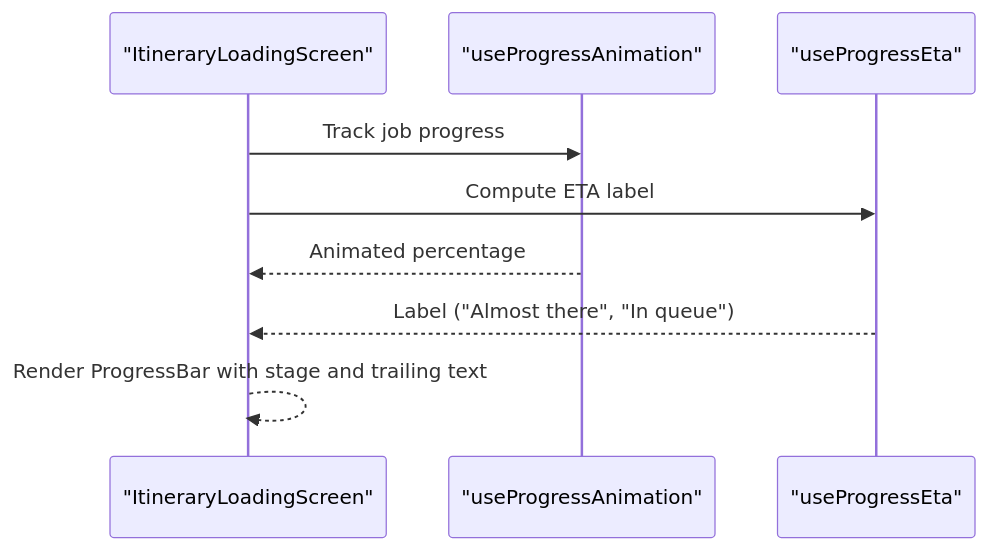
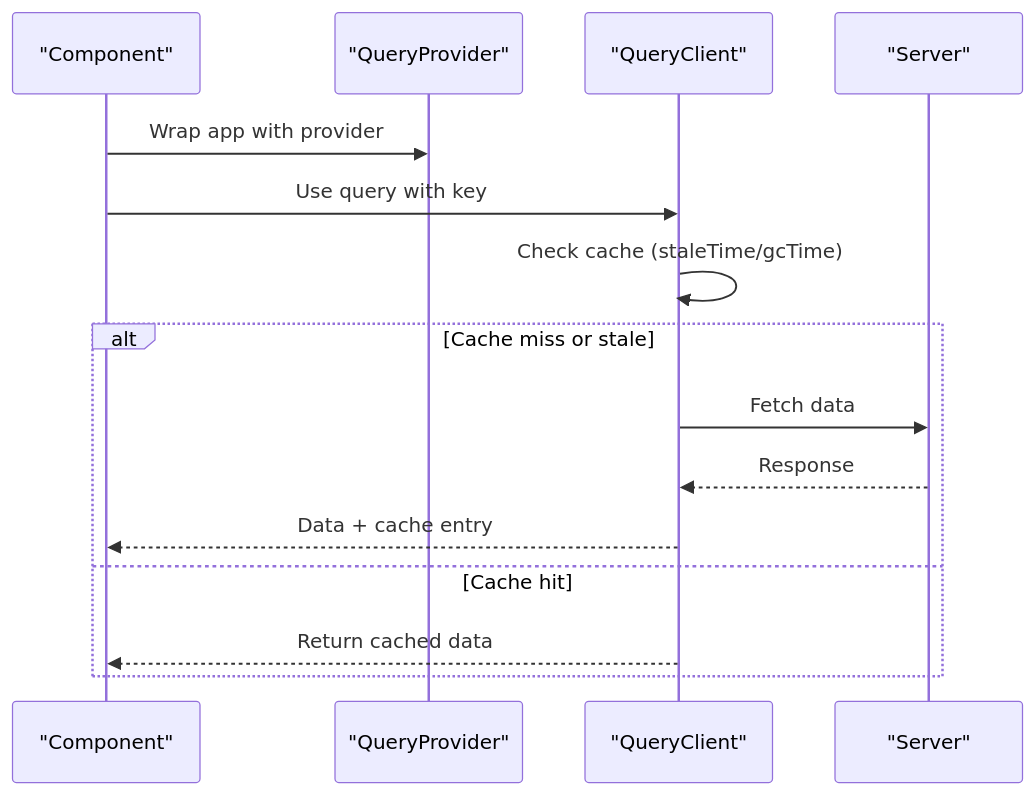
The fifth of 7 diagrams in .qoder/repowiki/en/content/Performance Optimization.md (Meaetin/alibaba-hackathon), drawn with Mermaid before and after one commit. The commit also changed other lines of this file and 241 other files, not shown here.

````diff
--- a/.qoder/repowiki/en/content/Performance Optimization.md
+++ b/.qoder/repowiki/en/content/Performance Optimization.md
@@ -250,11 +182,17 @@
 ```mermaid
 sequenceDiagram
-participant UI as "ItineraryLoadingScreen"
-participant Prog as "useProgressAnimation"
-participant Eta as "useProgressEta"
-UI->>Prog : Track job progress
-UI->>Eta : Compute ETA label
-Prog-->>UI : Animated percentage
-Eta-->>UI : Label ("Almost there", "In queue")
-UI-->>UI : Render ProgressBar with stage and trailing text
+participant UI as "Component"
+participant QP as "QueryProvider"
+participant QC as "QueryClient"
+participant API as "Server"
+UI->>QP : Wrap app with provider
+UI->>QC : Use query with key
+QC->>QC : Check cache (staleTime/gcTime)
+alt Cache miss or stale
+QC->>API : Fetch data
+API-->>QC : Response
+QC-->>UI : Data + cache entry
+else Cache hit
+QC-->>UI : Return cached data
+end
 ```
````
